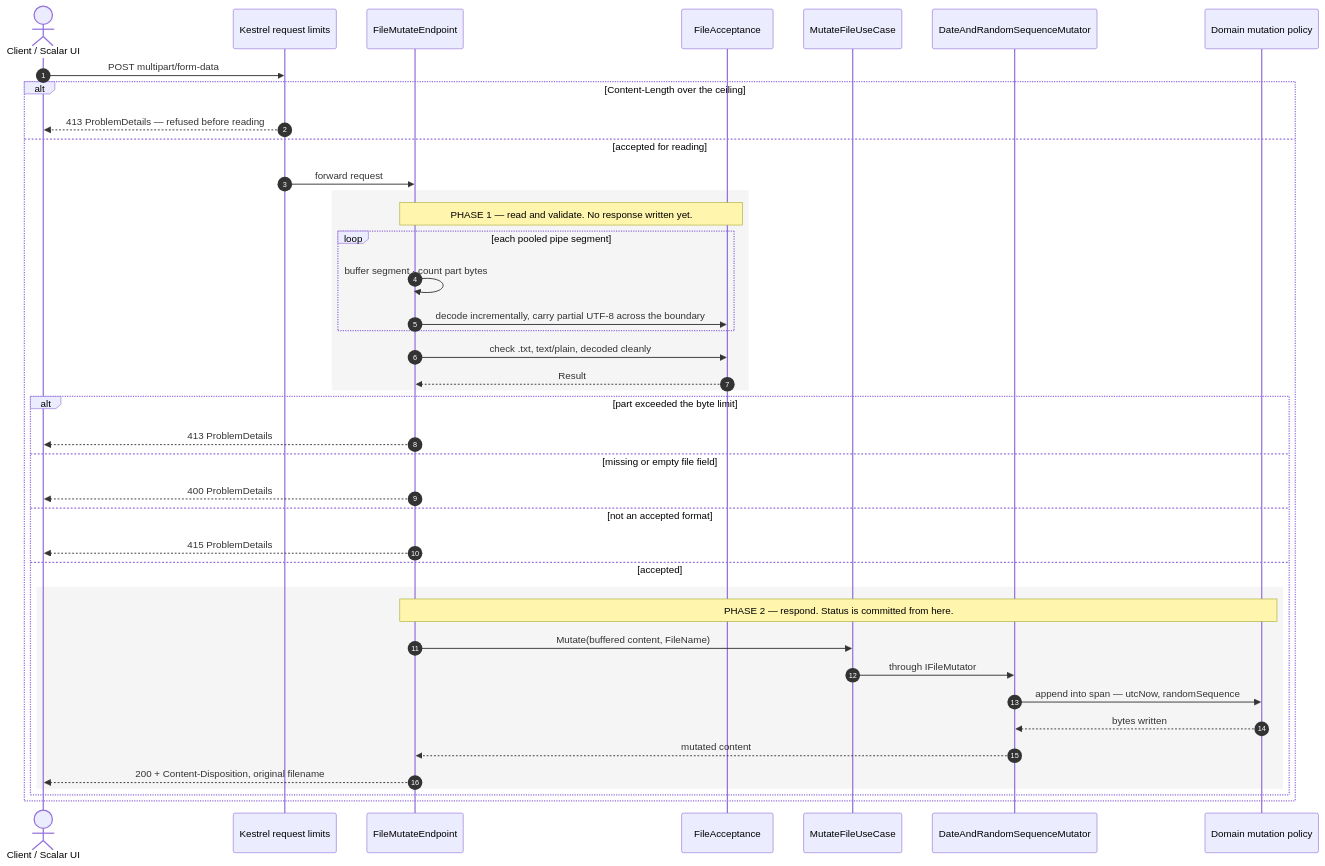
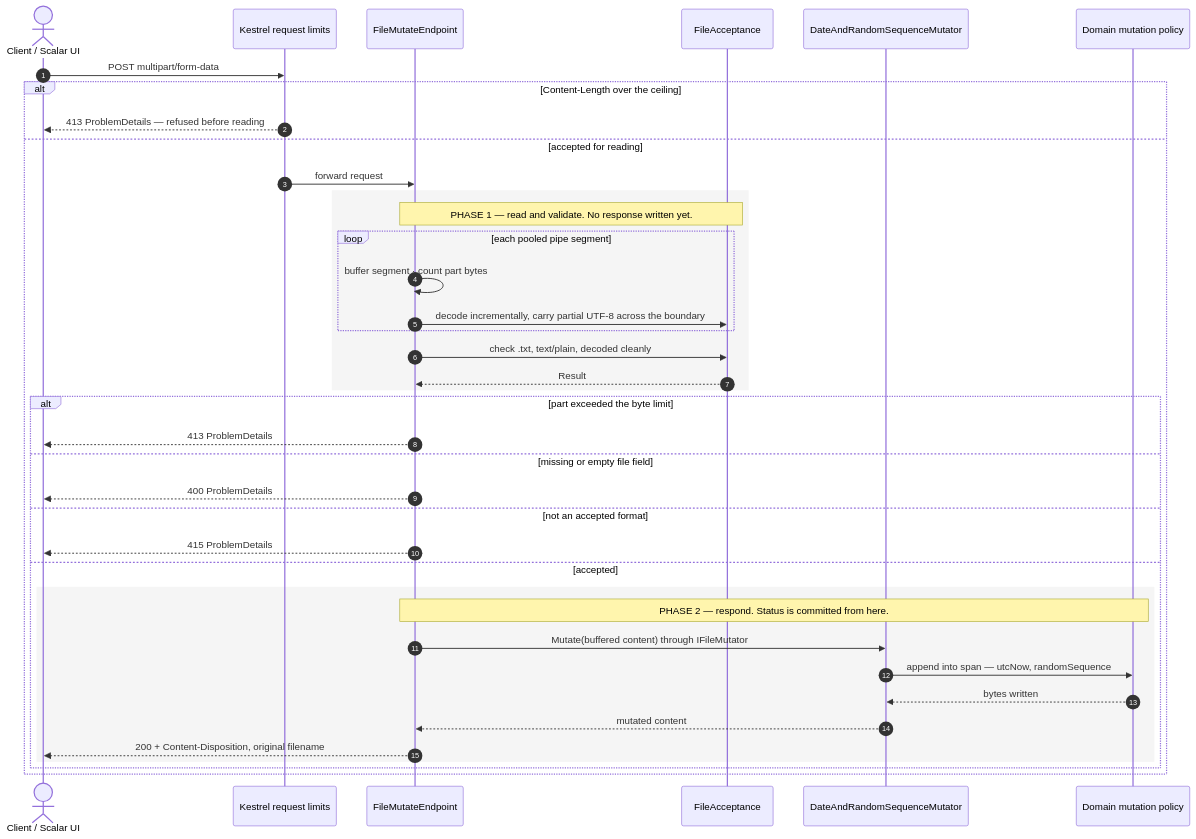
One commit to fabiantax/zero-allocation-fileupload changed the second of 3 diagrams in docs/architecture.md. Above: the diagram before and after it, drawn with Mermaid. The commit also changed other lines of this file and 15 other files, not shown here.

````diff
--- a/docs/architecture.md
+++ b/docs/architecture.md
@@ -87,47 +85,45 @@
 ```mermaid
 sequenceDiagram
     autonumber
     actor C as Client / Scalar UI
     participant K as Kestrel request limits
     participant E as FileMutateEndpoint
     participant A as FileAcceptance
-    participant U as MutateFileUseCase
     participant M as DateAndRandomSequenceMutator
     participant D as Domain mutation policy
 
     C->>K: POST multipart/form-data
 
     alt Content-Length over the ceiling
         K-->>C: 413 ProblemDetails — refused before reading
     else accepted for reading
         K->>E: forward request
 
         rect rgb(245,245,245)
         note over E,A: PHASE 1 — read and validate. No response written yet.
         loop each pooled pipe segment
             E->>E: buffer segment · count part bytes
             E->>A: decode incrementally, carry partial UTF-8 across the boundary
         end
         E->>A: check .txt, text/plain, decoded cleanly
         A-->>E: Result
         end
 
         alt part exceeded the byte limit
             E-->>C: 413 ProblemDetails
         else missing or empty file field
             E-->>C: 400 ProblemDetails
         else not an accepted format
             E-->>C: 415 ProblemDetails
         else accepted
             rect rgb(245,245,245)
             note over E,D: PHASE 2 — respond. Status is committed from here.
-            E->>U: Mutate(buffered content, FileName)
-            U->>M: through IFileMutator
+            E->>M: Mutate(buffered content) through IFileMutator
             M->>D: append into span — utcNow, randomSequence
             D-->>M: bytes written
             M-->>E: mutated content
             E-->>C: 200 + Content-Disposition, original filename
             end
         end
     end
 ```
````
